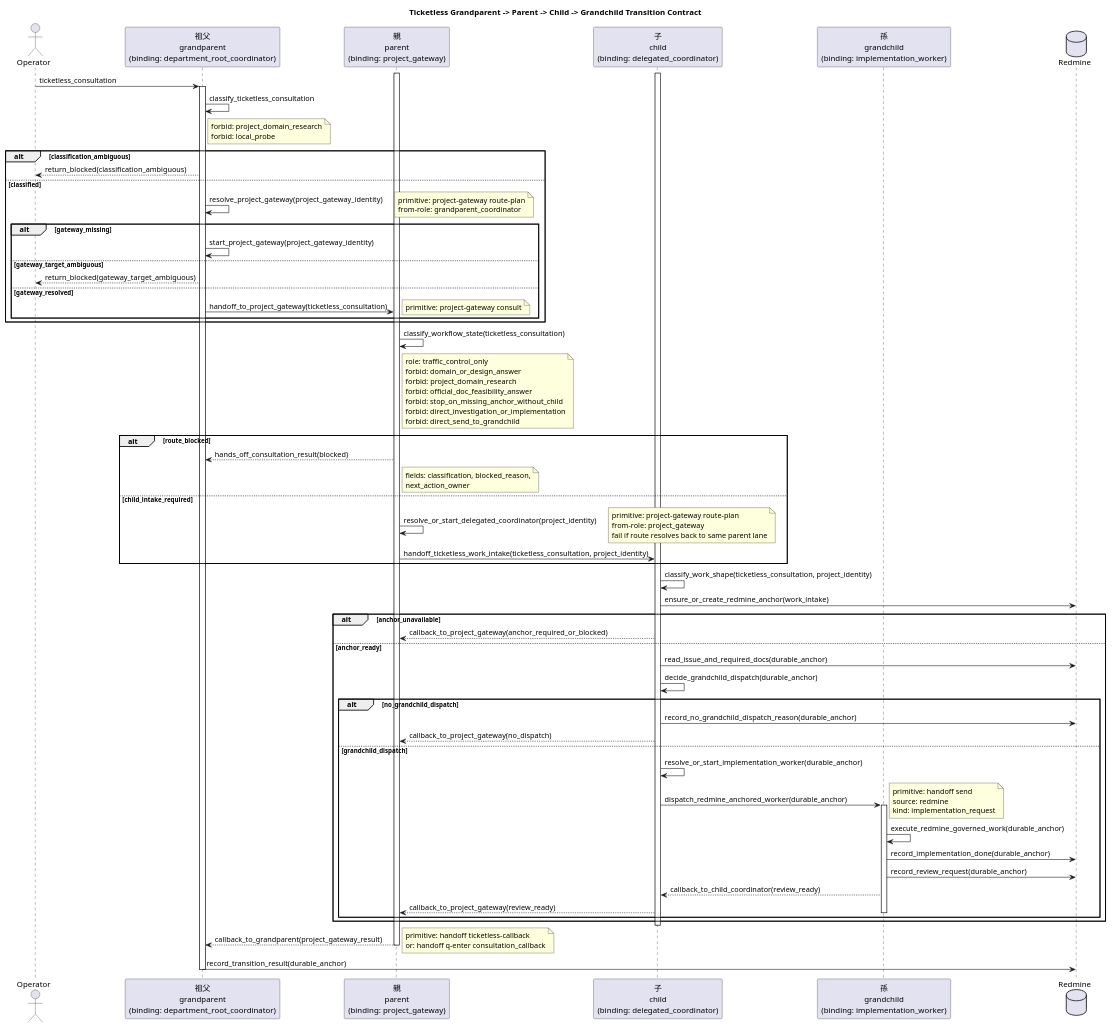
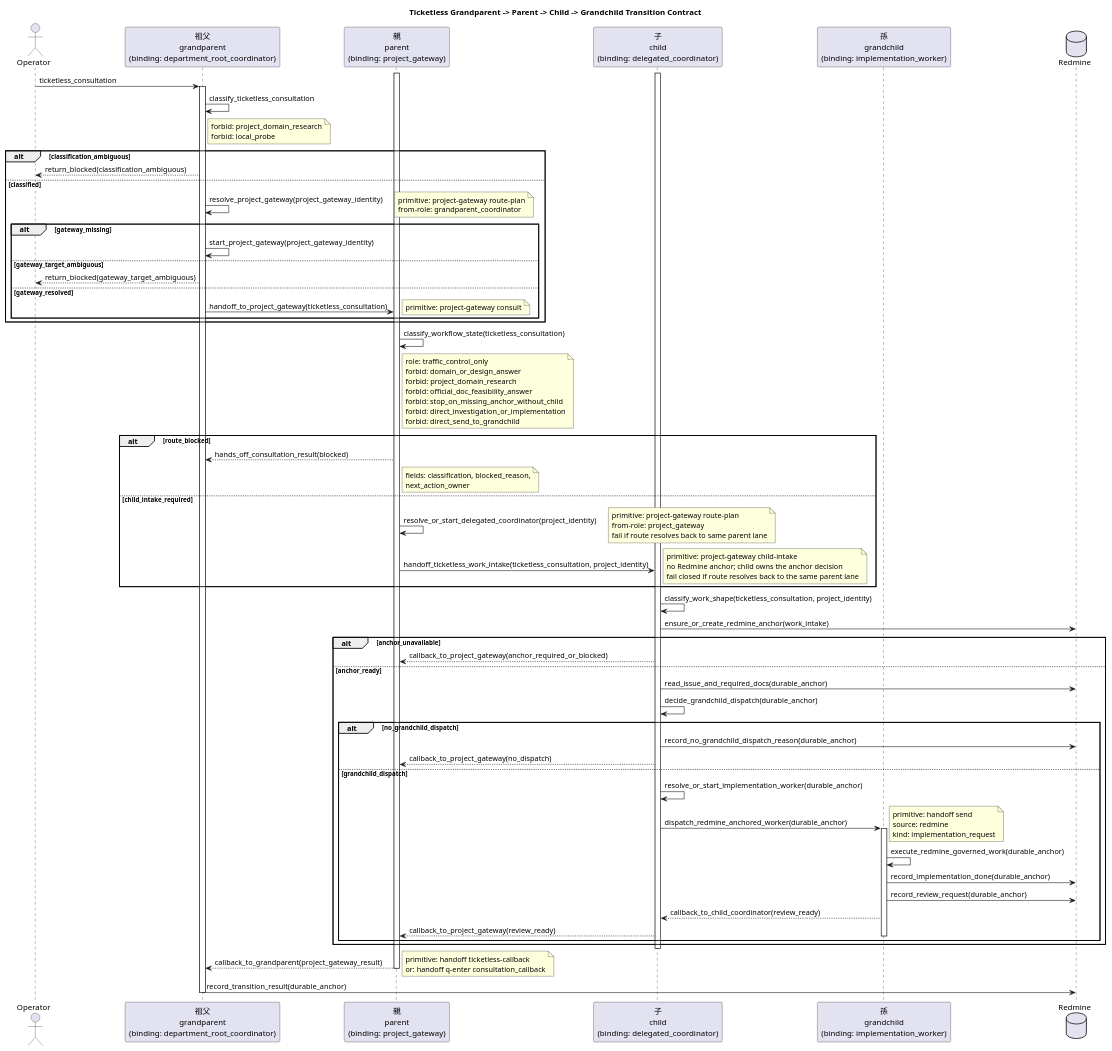
One commit to hollySizzle/mozyo_bridge changed the diagram in vibes/docs/logics/ticketless-project-gateway-runtime-ux.md. Above: the diagram before and after it, drawn with PlantUML. The commit also changed other lines of this file and 10 other files, not shown here.

```diff
--- a/vibes/docs/logics/ticketless-project-gateway-runtime-ux.md
+++ b/vibes/docs/logics/ticketless-project-gateway-runtime-ux.md
@@ -381,6 +381,11 @@
     fail if route resolves back to same parent lane
   end note
   Parent -> Child: handoff_ticketless_work_intake(ticketless_consultation, project_identity)
+  note right
+    primitive: project-gateway child-intake
+    no Redmine anchor; child owns the anchor decision
+    fail closed if route resolves back to the same parent lane
+  end note
 end
 
 activate Child
```
